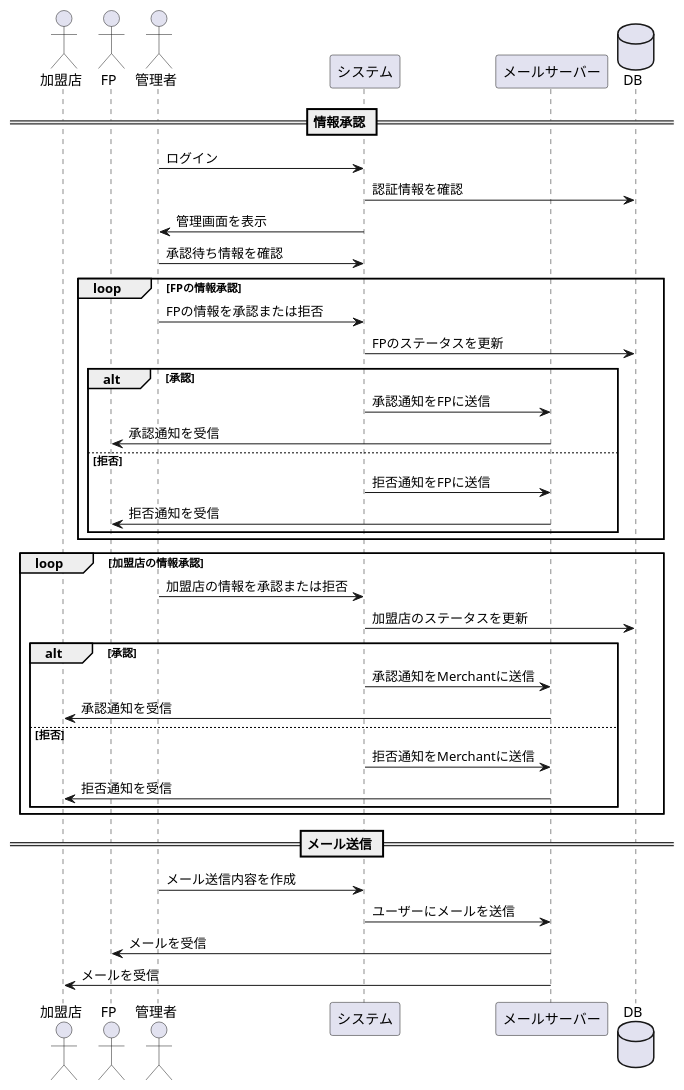
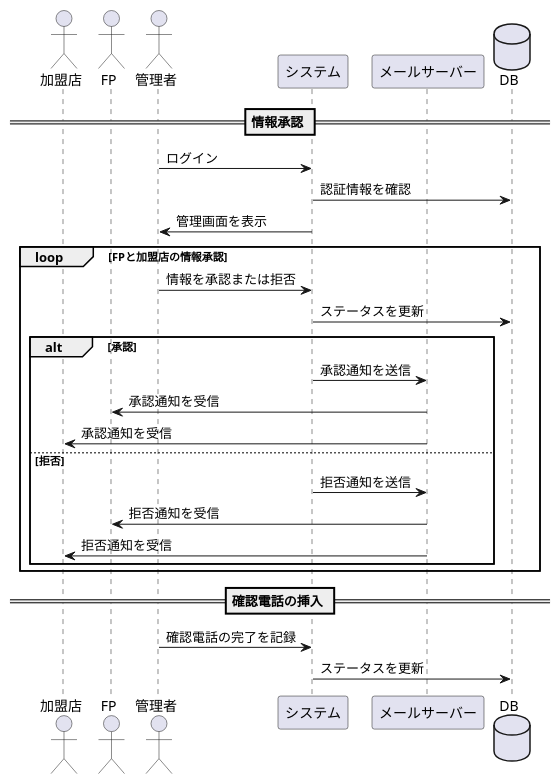
The diagram in docs/sequences/Mail.md (deeptell-inc/defo), drawn with PlantUML before and after one commit. The commit also changed 3 other files, not shown here.

Commit message:
update sequences

````diff
--- a/docs/sequences/Mail.md
+++ b/docs/sequences/Mail.md
@@ -3,48 +3,34 @@
 ```plantuml
 @startuml
-actor 加盟店 as Merchant
-actor FP as FP
-actor 管理者 as Admin
-participant システム as System
-participant メールサーバー as MailServer
-database DB as Database
+actor "加盟店" as Merchant
+actor "FP" as FP
+actor "管理者" as Admin
+participant "システム" as System
+participant "メールサーバー" as MailServer
+database "DB" as Database
 
 == 情報承認 ==
 Admin -> System: ログイン
 System -> Database: 認証情報を確認
 System -> Admin: 管理画面を表示
 
-Admin -> System: 承認待ち情報を確認
-
-loop FPの情報承認
-    Admin -> System: FPの情報を承認または拒否
-    System -> Database: FPのステータスを更新
+loop FPと加盟店の情報承認
+    Admin -> System: 情報を承認または拒否
+    System -> Database: ステータスを更新
     alt 承認
-        System -> MailServer: 承認通知をFPに送信
+        System -> MailServer: 承認通知を送信
         MailServer -> FP: 承認通知を受信
-    else 拒否
-        System -> MailServer: 拒否通知をFPに送信
-        MailServer -> FP: 拒否通知を受信
-    end
-end
-
-loop 加盟店の情報承認
-    Admin -> System: 加盟店の情報を承認または拒否
-    System -> Database: 加盟店のステータスを更新
-    alt 承認
-        System -> MailServer: 承認通知をMerchantに送信
         MailServer -> Merchant: 承認通知を受信
     else 拒否
-        System -> MailServer: 拒否通知をMerchantに送信
+        System -> MailServer: 拒否通知を送信
+        MailServer -> FP: 拒否通知を受信
         MailServer -> Merchant: 拒否通知を受信
     end
 end
 
-== メール送信 ==
-Admin -> System: メール送信内容を作成
-System -> MailServer: ユーザーにメールを送信
-MailServer -> FP: メールを受信
-MailServer -> Merchant: メールを受信
+== 確認電話の挿入 ==
+Admin -> System: 確認電話の完了を記録
+System -> Database: ステータスを更新
 
 @enduml
 ```
````
